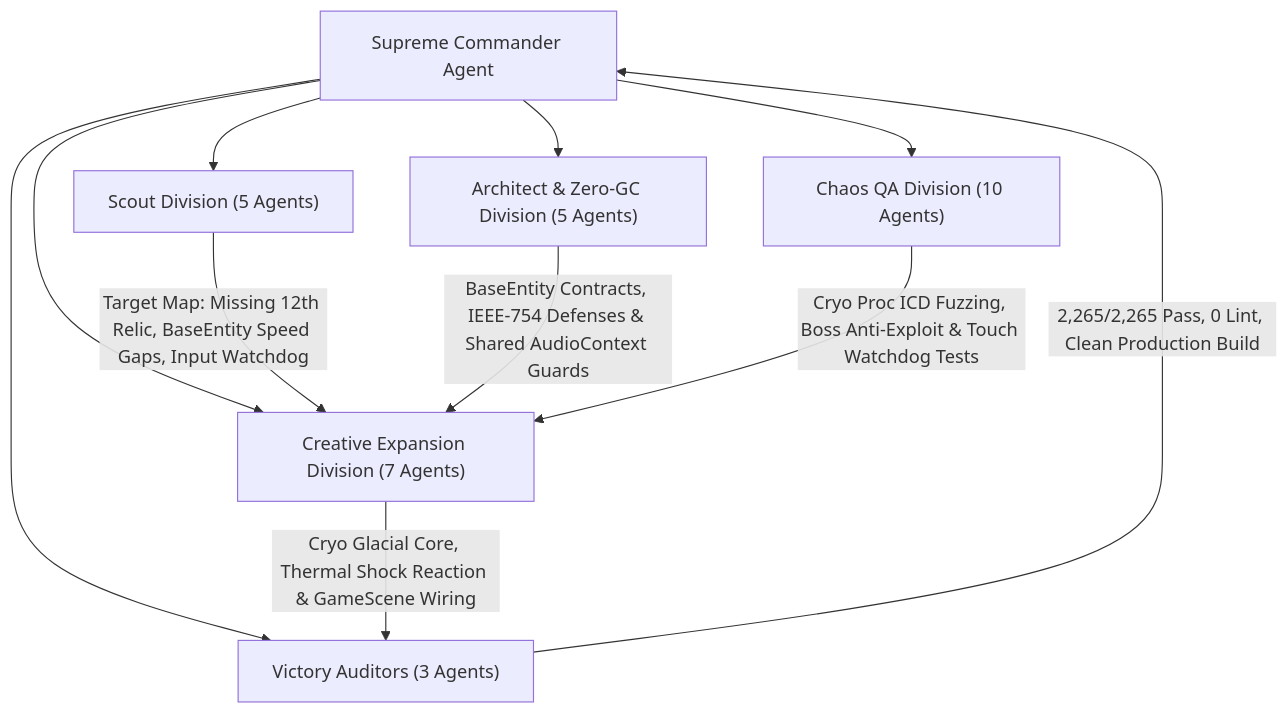
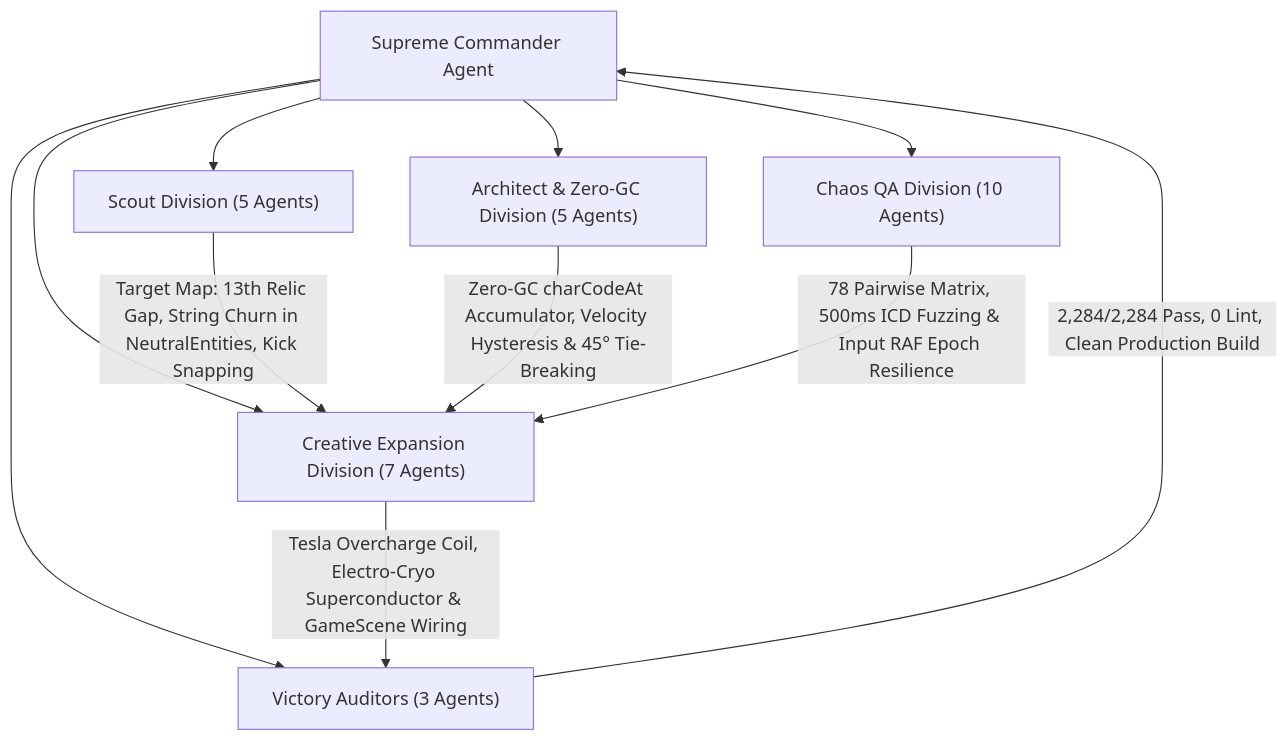
The diagram in DAILY_REPORT.md (LeegwangYeol/bomberman-game), drawn with Mermaid before and after one commit. The commit also changed other lines of this file and 17 other files, not shown here.

````diff
--- a/DAILY_REPORT.md
+++ b/DAILY_REPORT.md
@@ -62,14 +51,14 @@
 ```mermaid
 flowchart TD
     SC["Supreme Commander Agent"] --> SD["Scout Division (5 Agents)"]
     SC --> AD["Architect & Zero-GC Division (5 Agents)"]
     SC --> CQD["Chaos QA Division (10 Agents)"]
     SC --> CED["Creative Expansion Division (7 Agents)"]
     SC --> VA["Victory Auditors (3 Agents)"]
 
-    SD -->|"Target Map: Missing 12th Relic, BaseEntity Speed Gaps, Input Watchdog"| CED
-    AD -->|"BaseEntity Contracts, IEEE-754 Defenses & Shared AudioContext Guards"| CED
-    CQD -->|"Cryo Proc ICD Fuzzing, Boss Anti-Exploit & Touch Watchdog Tests"| CED
-    CED -->|"Cryo Glacial Core, Thermal Shock Reaction & GameScene Wiring"| VA
-    VA -->|"2,265/2,265 Pass, 0 Lint, Clean Production Build"| SC
+    SD -->|"Target Map: 13th Relic Gap, String Churn in NeutralEntities, Kick Snapping"| CED
+    AD -->|"Zero-GC charCodeAt Accumulator, Velocity Hysteresis & 45° Tie-Breaking"| CED
+    CQD -->|"78 Pairwise Matrix, 500ms ICD Fuzzing & Input RAF Epoch Resilience"| CED
+    CED -->|"Tesla Overcharge Coil, Electro-Cryo Superconductor & GameScene Wiring"| VA
+    VA -->|"2,284/2,284 Pass, 0 Lint, Clean Production Build"| SC
 ```
````
